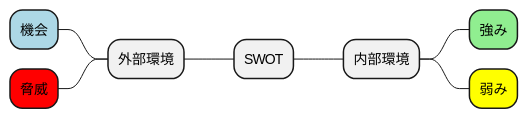
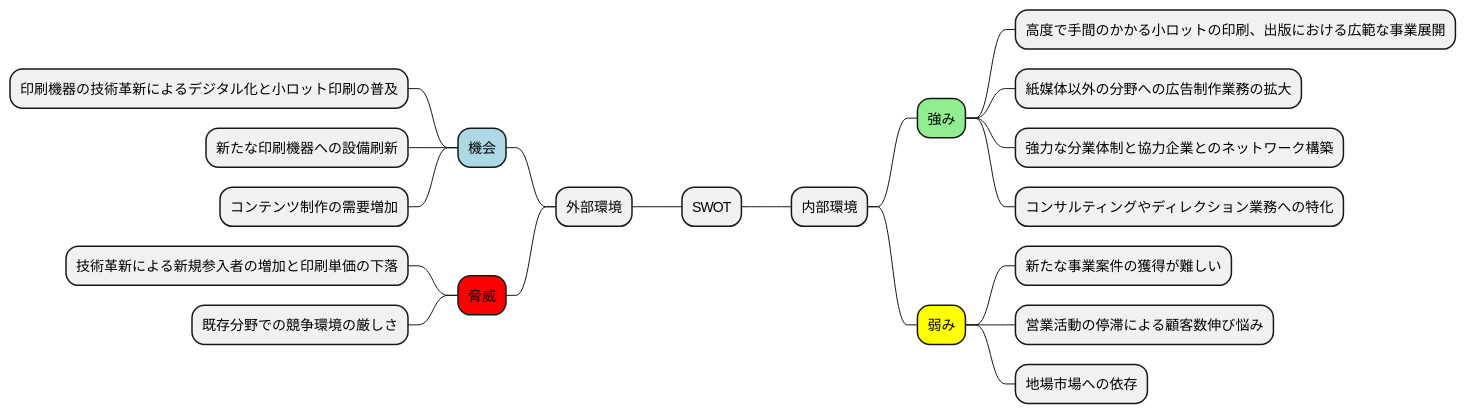
The third of 16 diagrams in docs/case/r03_case_1.adoc (k2works/case-sutudy-business-analysis), drawn with PlantUML before and after one commit. The commit also changed other lines of this file, not shown here.

```diff
--- a/docs/case/r03_case_1.adoc
+++ b/docs/case/r03_case_1.adoc
@@ -117,15 +117,27 @@
 [plantuml]
 ----
 @startmindmap
 
 * SWOT
 ** 内部環境
 ***[#lightgreen] 強み
+#### 高度で手間のかかる小ロットの印刷、出版における広範な事業展開
+#### 紙媒体以外の分野への広告制作業務の拡大
+#### 強力な分業体制と協力企業とのネットワーク構築
+#### コンサルティングやディレクション業務への特化
 ***[#yellow] 弱み
+#### 新たな事業案件の獲得が難しい
+#### 営業活動の停滞による顧客数伸び悩み
+#### 地場市場への依存
 left side
 ** 外部環境
 ***[#lightblue] 機会
+#### 印刷機器の技術革新によるデジタル化と小ロット印刷の普及
+#### 新たな印刷機器への設備刷新
+#### コンテンツ制作の需要増加
 ***[#red] 脅威
+#### 技術革新による新規参入者の増加と印刷単価の下落
+#### 既存分野での競争環境の厳しさ
 
 @endmindmap
 ----
```
